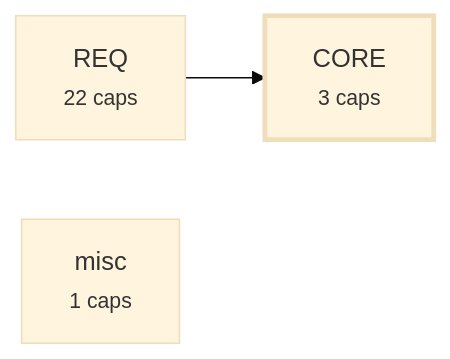
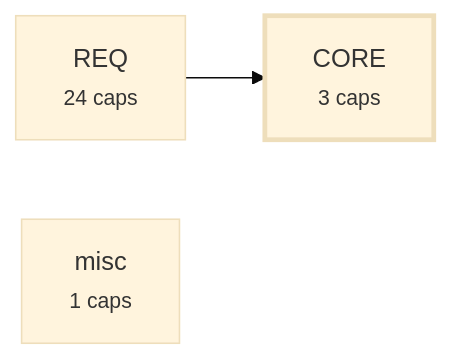
Before and after one commit to alxmax/Requirement-manager: the third of 4 diagrams in plugin/requirements/_map.md, drawn with Mermaid (base theme). The commit also changed other lines of this file and 9 other files, not shown here.

````diff
--- a/plugin/requirements/_map.md
+++ b/plugin/requirements/_map.md
@@ -203,8 +217,8 @@
 ```mermaid
 graph LR
   a_CORE["CORE<br><small>3 caps</small>"]
-  a_REQ["REQ<br><small>22 caps</small>"]
+  a_REQ["REQ<br><small>24 caps</small>"]
   a_misc["misc<br><small>1 caps</small>"]
   a_REQ --> a_CORE
   style a_CORE stroke-width:3px
 ```
````
